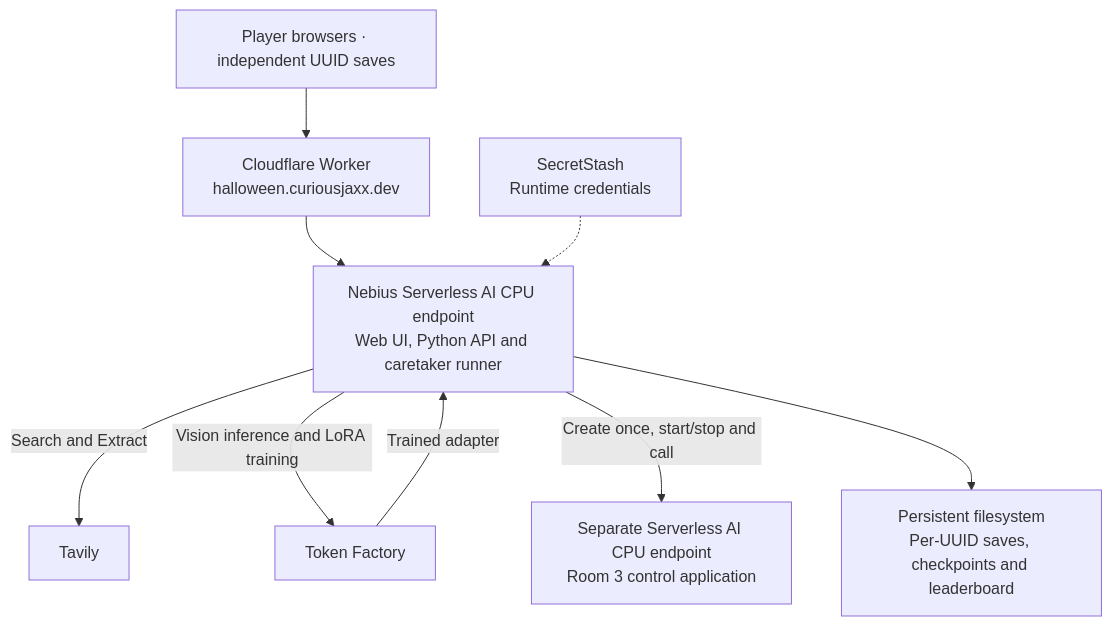
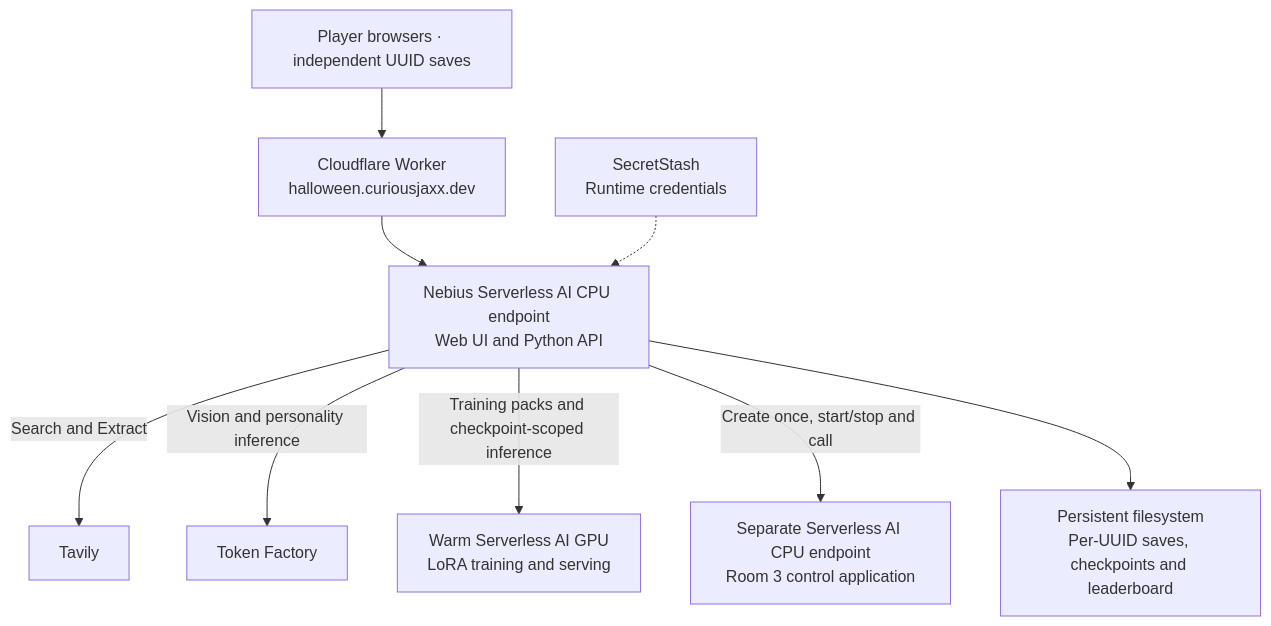
Before and after one commit to gogococo/haunted-datacenter: the diagram in README.md, drawn with Mermaid. The commit also changed other lines of this file and 28 other files, not shown here.

Commit message:
Teach and serve each caretaker on a warm Serverless GPU

````diff
--- a/README.md
+++ b/README.md
@@ -53,11 +39,11 @@
 ```mermaid
 flowchart TD
     Browser[Player browsers · independent UUID saves] --> Edge[Cloudflare Worker<br/>halloween.curiousjaxx.dev]
-    Edge --> Game[Nebius Serverless AI CPU endpoint<br/>Web UI, Python API and caretaker runner]
+    Edge --> Game[Nebius Serverless AI CPU endpoint<br/>Web UI and Python API]
     Game -->|Search and Extract| Tavily[Tavily]
-    Game -->|Vision inference and LoRA training| TF[Token Factory]
-    TF -->|Trained adapter| Game
+    Game -->|Vision and personality inference| TF[Token Factory]
+    Game -->|Training packs and checkpoint-scoped inference| GPU[Warm Serverless AI GPU<br/>LoRA training and serving]
     Game -->|Create once, start/stop and call| Cooling[Separate Serverless AI CPU endpoint<br/>Room 3 control application]
     Game --> Storage[Persistent filesystem<br/>Per-UUID saves, checkpoints and leaderboard]
     Secrets[SecretStash<br/>Runtime credentials] -.-> Game
 ```
````
